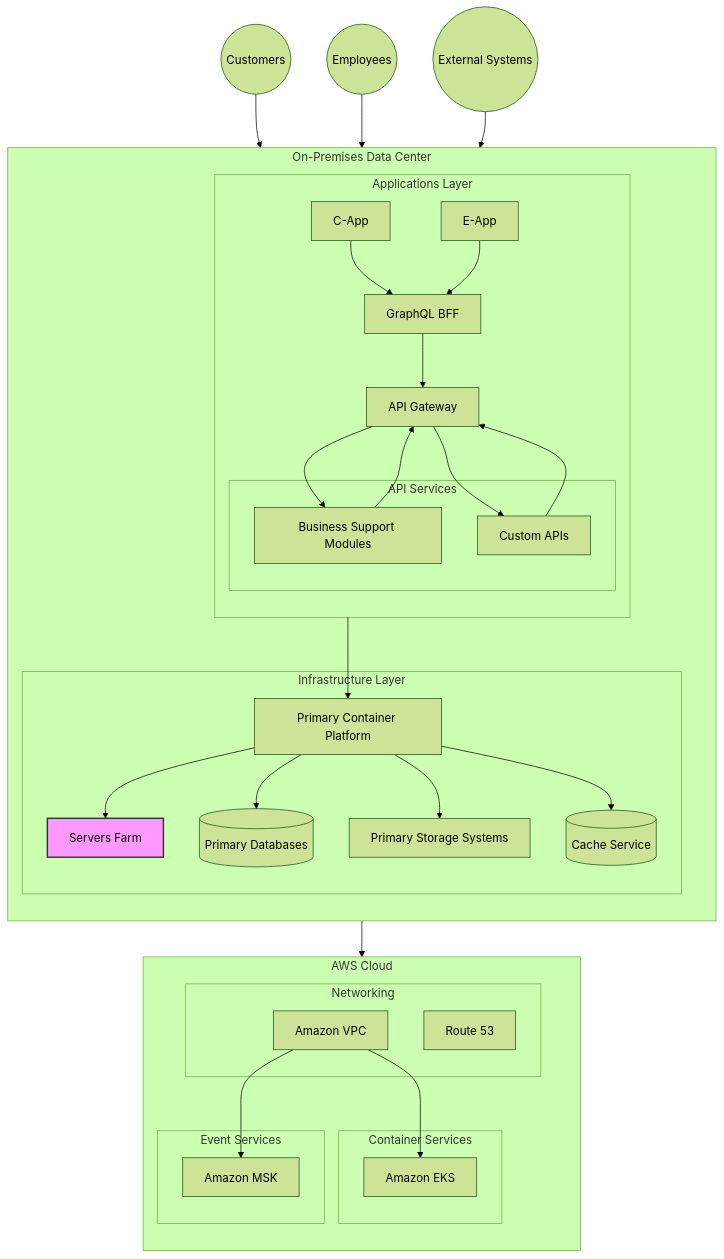
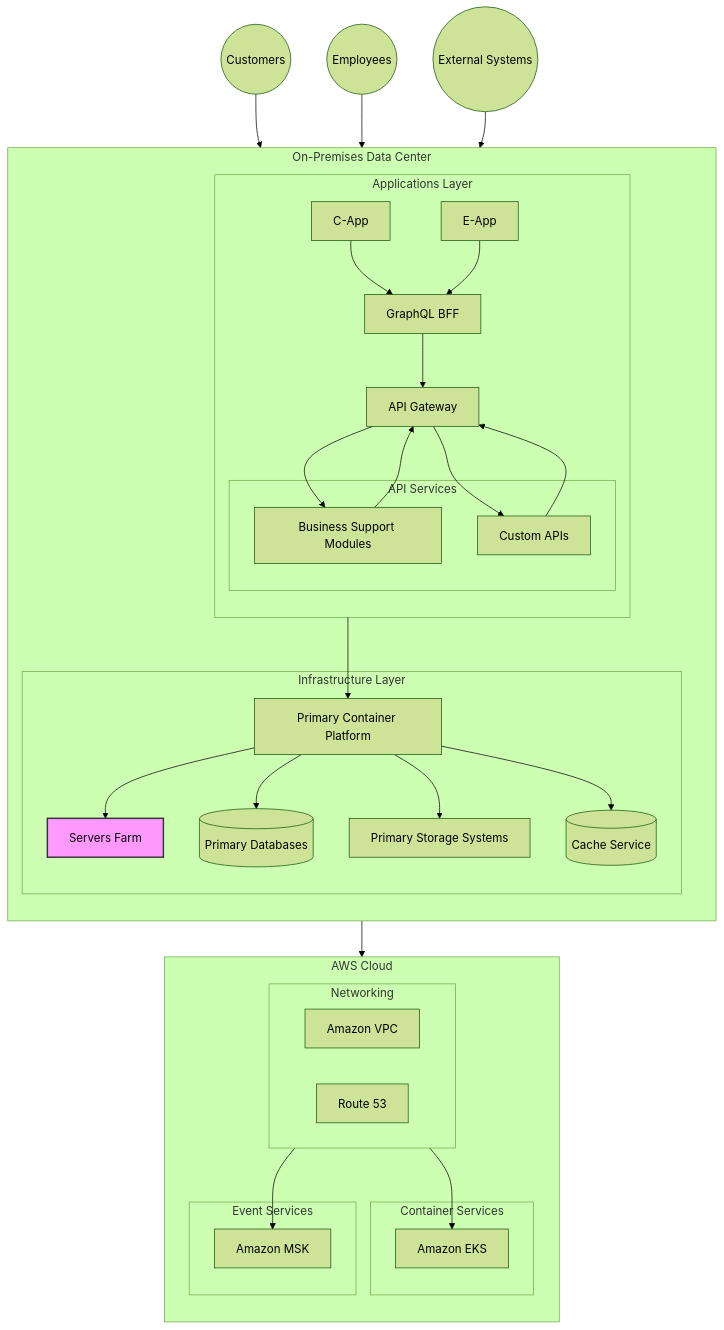
One commit to henryrestive/infra-docs changed the diagram in AWS-HybridCloud.md. Above: the diagram before and after it, drawn with Mermaid (forest theme). The commit also changed 2 other files, not shown here.

Commit message:
Adjust the view of and connections

````diff
--- a/AWS-HybridCloud.md
+++ b/AWS-HybridCloud.md
@@ -8,65 +8,65 @@
 ```mermaid
 graph TB
     subgraph OnPrem[On-Premises Data Center]
         direction TB
         subgraph Apps[Applications Layer]
             CApp[C-App]
             EApp[E-App]
             subgraph API[API Services]
                 BSM[Business Support Modules]
                 CustomAPI[Custom APIs]
             end
             BFF[GraphQL BFF]
             Gateway[API Gateway]
         end
         
         subgraph Infrastructure[Infrastructure Layer]
             ServersFarm[Servers Farm]:::serversFarm
             ContainerPlatform[Primary Container Platform]
             PrimaryDB[(Primary Databases)]
             PrimaryStorage[Primary Storage Systems]
             CacheService[(Cache Service)]
         end
     end
 
     subgraph AWS[AWS Cloud]
         direction TB
         subgraph Network[Networking]
             VPC[Amazon VPC]
             Route53[Route 53]
         end
         
         subgraph Compute[Container Services]
             EKS[Amazon EKS]
         end
         
         subgraph Messaging[Event Services]
             MSK[Amazon MSK]
         end
     end
 
     %% External entities
     Customers((Customers))
     Employees((Employees))
     ExternalSystems((External Systems))
 
     %% Connections
     CApp & EApp --> BFF
     BFF --> Gateway
     BSM & CustomAPI --> Gateway
     Gateway --> BSM
     Gateway --> CustomAPI
     Customers --> CApp
     Employees --> EApp
     ExternalSystems --> Gateway
     Apps --> ContainerPlatform
     ContainerPlatform --> ServersFarm
     ContainerPlatform --> PrimaryDB
     ContainerPlatform --> PrimaryStorage
     ContainerPlatform --> CacheService
-    Infrastructure --> VPC
-    VPC --> EKS
-    VPC --> MSK
+    Infrastructure --> Network
+    Network --> EKS
+    Network --> MSK
 
     classDef serversFarm fill:#f9f,stroke:#333,stroke-width:2px;
 ```
````
